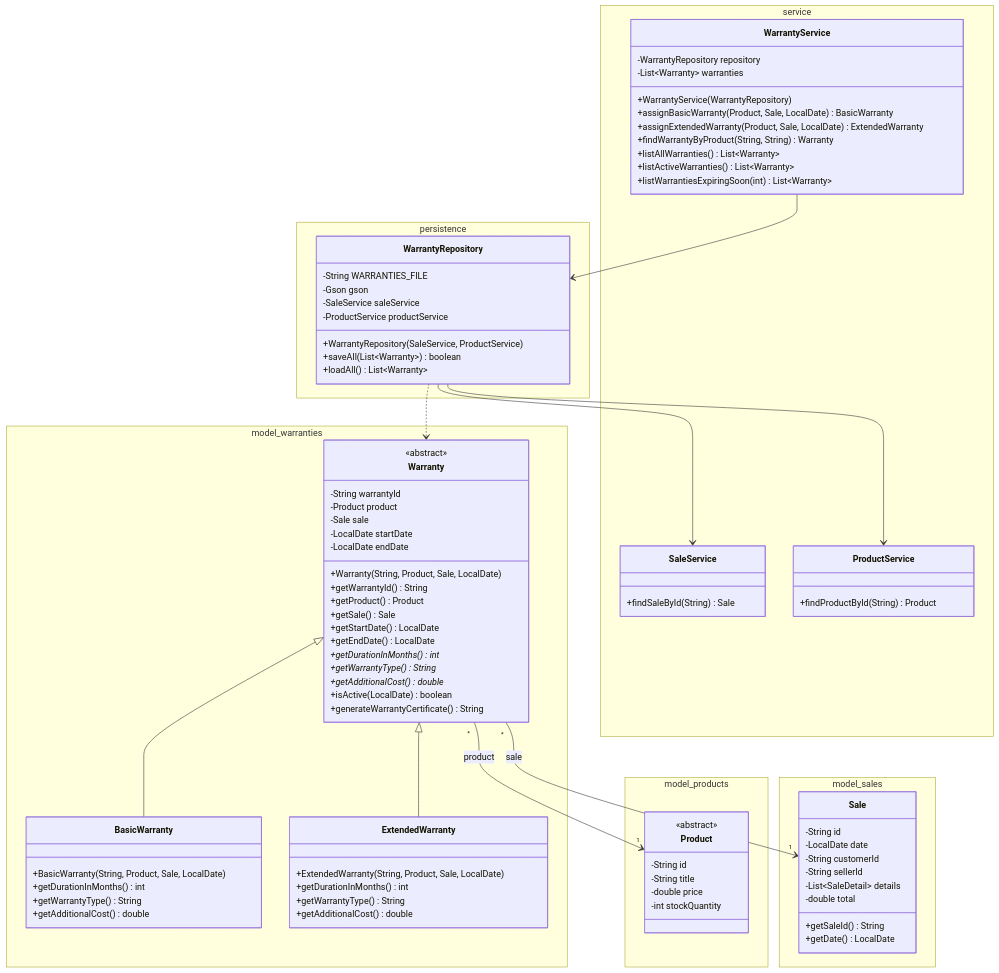
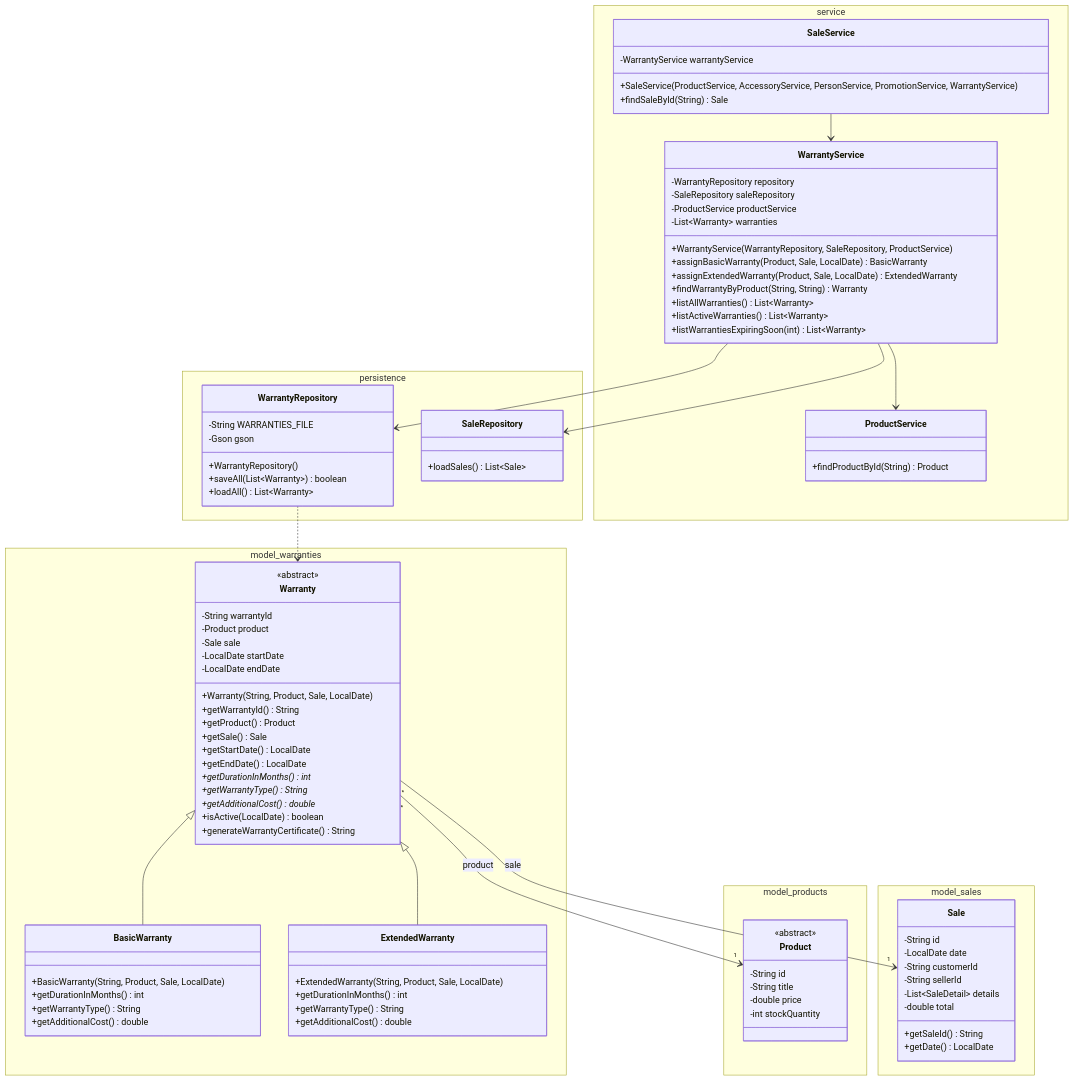
The diagram in docs/warranty-class-diagram.md (Sdfloria333/GameZone), drawn with Mermaid before and after one commit.

Commit message:
docs: update warranty class diagram to remove circular dependency

````diff
--- a/docs/warranty-class-diagram.md
+++ b/docs/warranty-class-diagram.md
@@ -63,19 +63,22 @@
         class WarrantyRepository {
             -String WARRANTIES_FILE
             -Gson gson
-            -SaleService saleService
-            -ProductService productService
-            +WarrantyRepository(SaleService, ProductService)
+            +WarrantyRepository()
             +saveAll(List~Warranty~) boolean
             +loadAll() List~Warranty~
+        }
+        class SaleRepository {
+            +loadSales() List~Sale~
         }
     }
 
     namespace service {
-        class WarrantyService {
+         class WarrantyService {
             -WarrantyRepository repository
+            -SaleRepository saleRepository
+            -ProductService productService
             -List~Warranty~ warranties
-            +WarrantyService(WarrantyRepository)
+            +WarrantyService(WarrantyRepository, SaleRepository, ProductService)
             +assignBasicWarranty(Product, Sale, LocalDate) BasicWarranty
             +assignExtendedWarranty(Product, Sale, LocalDate) ExtendedWarranty
             +findWarrantyByProduct(String, String) Warranty
@@ -83,7 +86,10 @@
             +listActiveWarranties() List~Warranty~
             +listWarrantiesExpiringSoon(int) List~Warranty~
         }
+        
         class SaleService {
+            -WarrantyService warrantyService
+            +SaleService(ProductService, AccessoryService, PersonService, PromotionService, WarrantyService)
             +findSaleById(String) Sale
         }
         class ProductService {
@@ -96,7 +102,8 @@
     Warranty "*" --> "1" Product : product
     Warranty "*" --> "1" Sale : sale
     WarrantyRepository ..> Warranty
-    WarrantyRepository --> SaleService
-    WarrantyRepository --> ProductService
+    WarrantyService --> SaleRepository
+    WarrantyService --> ProductService
+    SaleService --> WarrantyService
     WarrantyService --> WarrantyRepository
 ```
````
